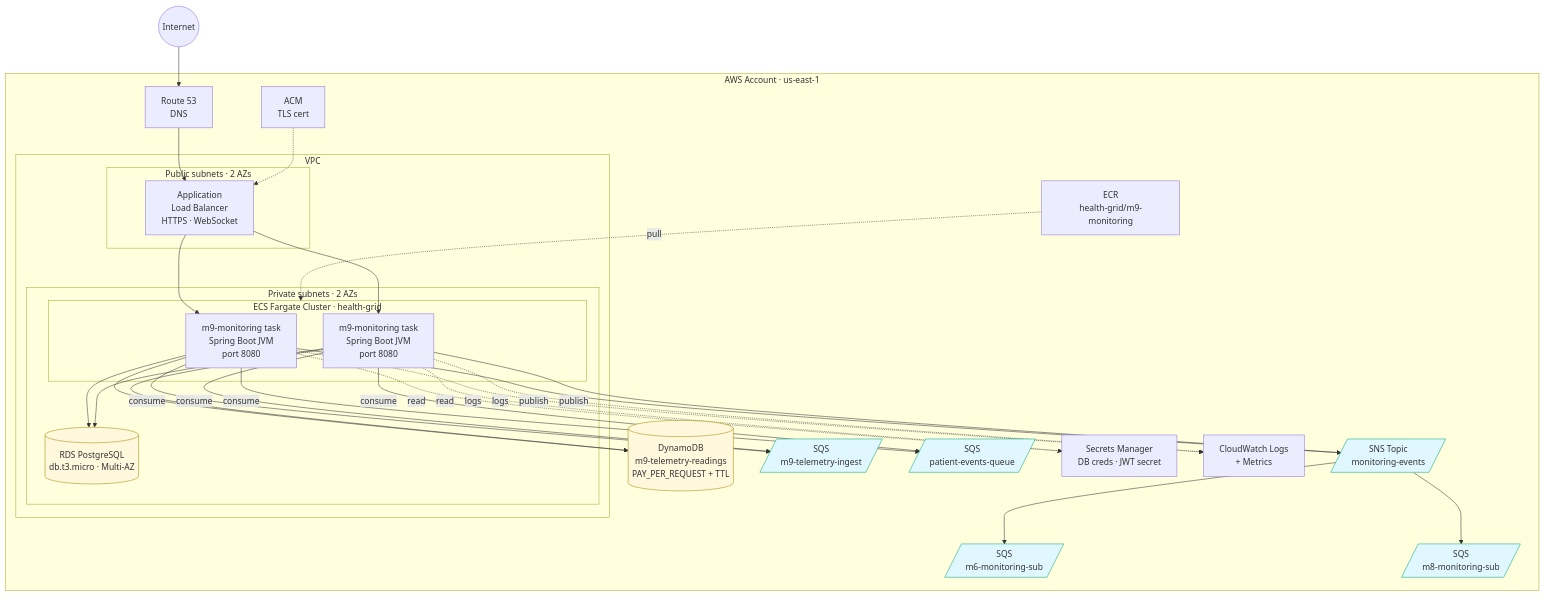
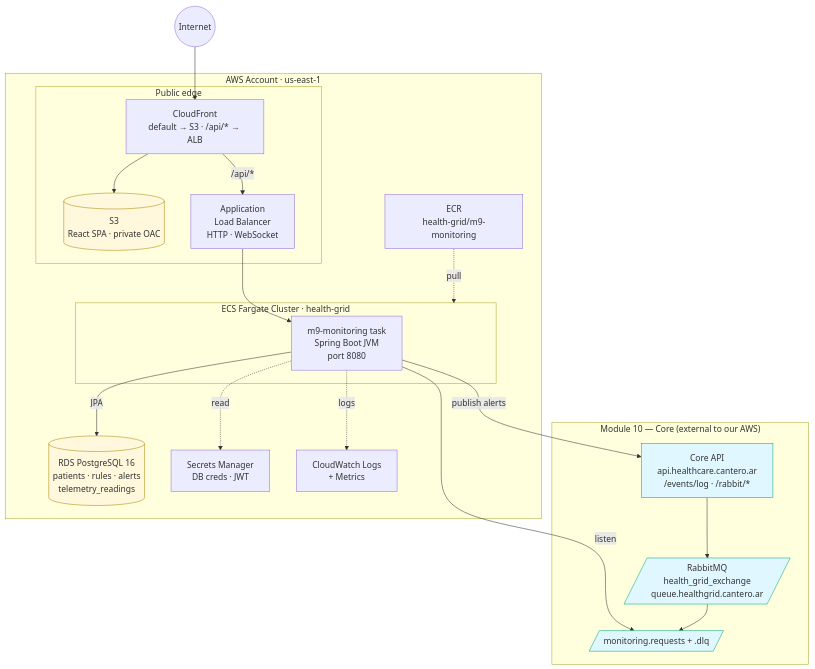
Before and after one commit to ValentinoDiaz0509/tpo-da2: the second of 8 diagrams in docs/architecture/architecture-diagrams.md, drawn with Mermaid. The commit also changed other lines of this file and 29 other files, not shown here.

````diff
--- a/docs/architecture/architecture-diagrams.md
+++ b/docs/architecture/architecture-diagrams.md
@@ -58,64 +57,47 @@
 ```mermaid
 flowchart TB
     Internet((Internet))
 
+    subgraph Core["Module 10 — Core (external to our AWS)"]
+        CoreAPI[Core API<br/>api.healthcare.cantero.ar<br/>/events/log · /rabbit/*]
+        Rabbit[/RabbitMQ<br/>health_grid_exchange<br/>queue.healthgrid.cantero.ar/]
+        QMon[/monitoring.requests + .dlq/]
+    end
+
     subgraph AWS["AWS Account · us-east-1"]
-        Route53[Route 53<br/>DNS]
-        ACM[ACM<br/>TLS cert]
-
-        subgraph VPC["VPC"]
-            subgraph PubSub["Public subnets · 2 AZs"]
-                ALB[Application<br/>Load Balancer<br/>HTTPS · WebSocket]
-            end
-
-            subgraph PrivSub["Private subnets · 2 AZs"]
-                subgraph ECS["ECS Fargate Cluster · health-grid"]
-                    Task1[m9-monitoring task<br/>Spring Boot JVM<br/>port 8080]
-                    Task2[m9-monitoring task<br/>Spring Boot JVM<br/>port 8080]
-                end
-                RDS[(RDS PostgreSQL<br/>db.t3.micro · Multi-AZ)]
-            end
+        subgraph Edge["Public edge"]
+            CF[CloudFront<br/>default → S3 · /api/* → ALB]
+            S3[(S3<br/>React SPA · private OAC)]
+            ALB[Application<br/>Load Balancer<br/>HTTP · WebSocket]
         end
 
-        DDB[(DynamoDB<br/>m9-telemetry-readings<br/>PAY_PER_REQUEST + TTL)]
-        SNS[/SNS Topic<br/>monitoring-events/]
-        SQS_T[/SQS<br/>m9-telemetry-ingest/]
-        SQS_P[/SQS<br/>patient-events-queue/]
-        SQS_M6[/SQS<br/>m6-monitoring-sub/]
-        SQS_M8[/SQS<br/>m8-monitoring-sub/]
+        subgraph ECS["ECS Fargate Cluster · health-grid"]
+            Task1[m9-monitoring task<br/>Spring Boot JVM<br/>port 8080]
+        end
+        RDS[(RDS PostgreSQL 16<br/>patients · rules · alerts<br/>telemetry_readings)]
 
-        Secrets[Secrets Manager<br/>DB creds · JWT secret]
+        Secrets[Secrets Manager<br/>DB creds · JWT]
         CW[CloudWatch Logs<br/>+ Metrics]
         ECR[ECR<br/>health-grid/m9-monitoring]
     end
 
-    Internet --> Route53 --> ALB
-    ACM -.-> ALB
+    Internet --> CF
+    CF --> S3
+    CF -->|/api/*| ALB
     ALB --> Task1
-    ALB --> Task2
 
-    Task1 --> RDS
-    Task2 --> RDS
-    Task1 --> DDB
-    Task2 --> DDB
-    Task1 -->|consume| SQS_T
-    Task2 -->|consume| SQS_T
-    Task1 -->|consume| SQS_P
-    Task2 -->|consume| SQS_P
-    Task1 -->|publish| SNS
-    Task2 -->|publish| SNS
-
-    SNS --> SQS_M6
-    SNS --> SQS_M8
+    Task1 -->|JPA| RDS
+    Task1 -->|listen| QMon
+    Rabbit --> QMon
+    Task1 -->|publish alerts| CoreAPI
+    CoreAPI --> Rabbit
 
     Task1 -.read.-> Secrets
-    Task2 -.read.-> Secrets
     Task1 -.logs.-> CW
-    Task2 -.logs.-> CW
     ECR -.pull.-> ECS
 
     classDef store fill:#fff8dc,stroke:#a80,stroke-width:1px;
     classDef queue fill:#e0f7ff,stroke:#0a7,stroke-width:1px;
-    class RDS,DDB store;
-    class SNS,SQS_T,SQS_P,SQS_M6,SQS_M8 queue;
+    class RDS,S3 store;
+    class Rabbit,QMon,CoreAPI queue;
 ```
````
